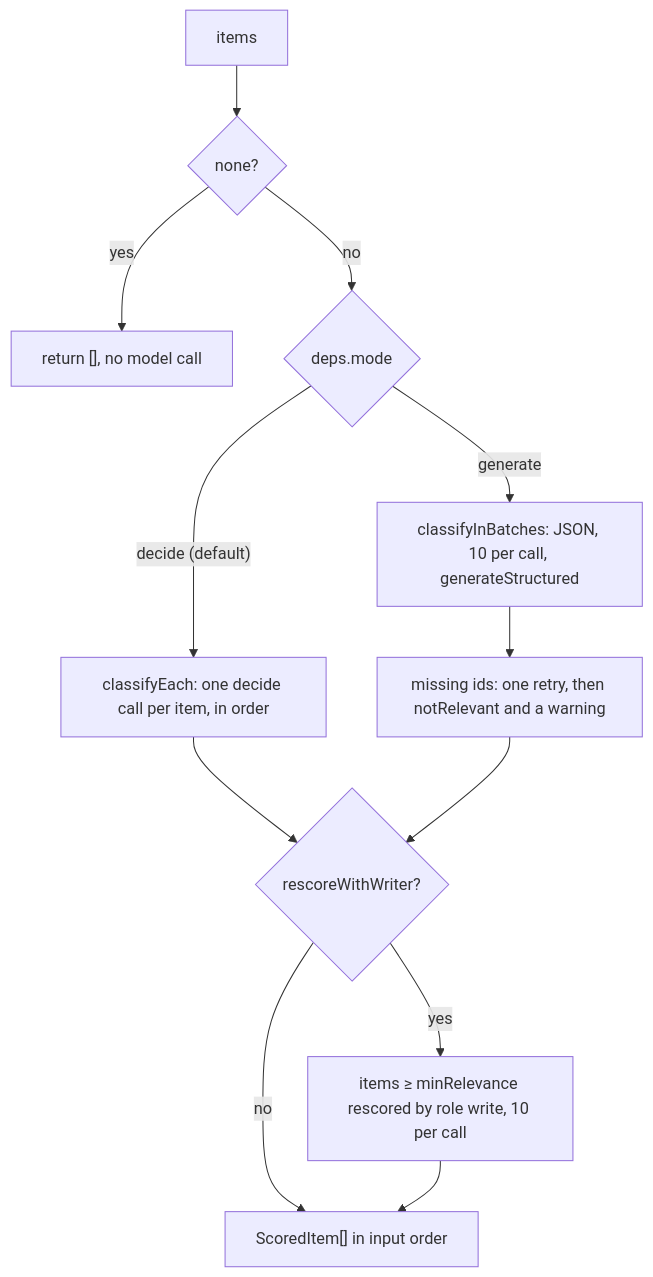
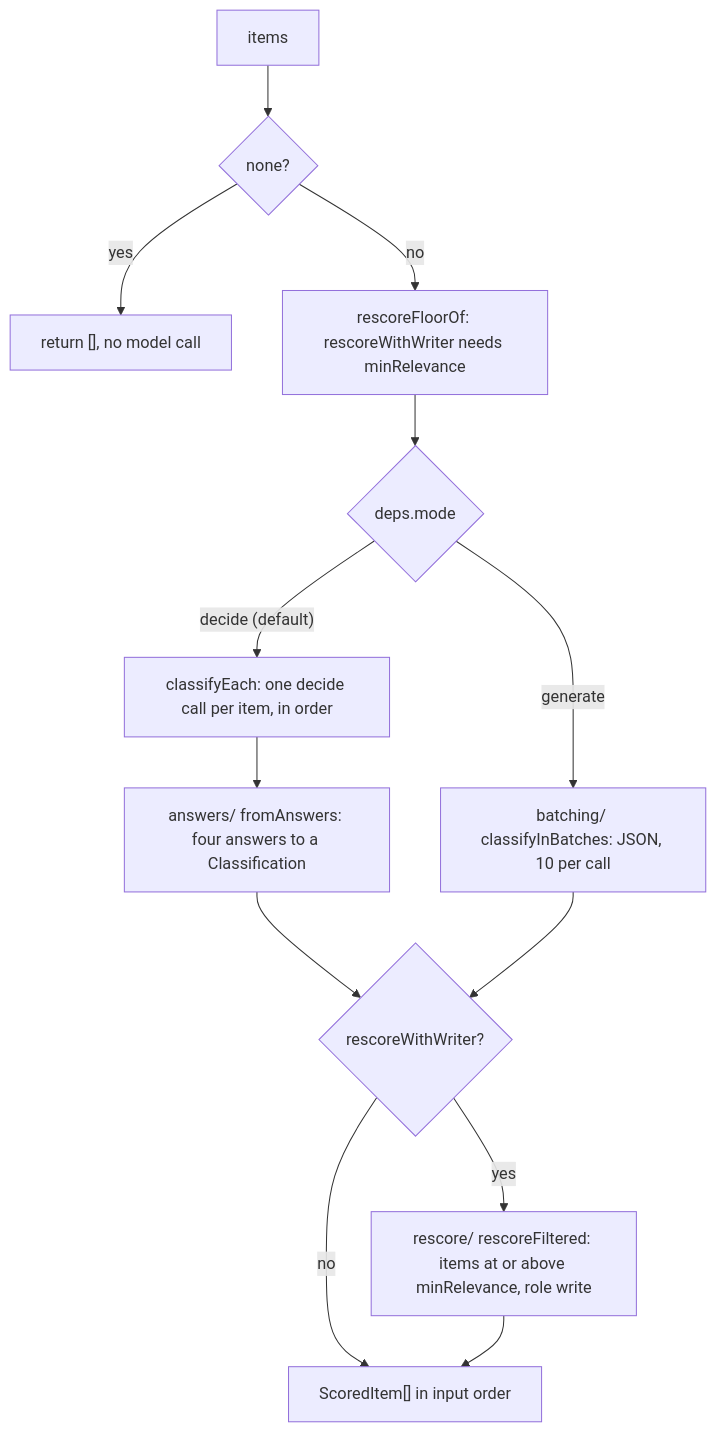
One commit to odere-pro/weekly-engineering-digest-agent changed the second of 2 diagrams in src/classify/CLAUDE.md. Above: the diagram before and after it, drawn with Mermaid. The commit also changed other lines of this file and 22 other files, not shown here.

````diff
--- a/src/classify/CLAUDE.md
+++ b/src/classify/CLAUDE.md
@@ -21,13 +22,14 @@
 ```mermaid
 flowchart TD
   items[items] --> empty{none?}
   empty -->|yes| none["return [], no model call"]
-  empty -->|no| mode{deps.mode}
+  empty -->|no| floor["rescoreFloorOf: rescoreWithWriter needs minRelevance"]
+  floor --> mode{deps.mode}
   mode -->|"decide (default)"| each["classifyEach: one decide call per item, in order"]
-  mode -->|generate| batch["classifyInBatches: JSON, 10 per call, generateStructured"]
-  batch --> missing["missing ids: one retry, then notRelevant and a warning"]
-  each --> rescore{rescoreWithWriter?}
-  missing --> rescore
+  each --> answers["answers/ fromAnswers: four answers to a Classification"]
+  mode -->|generate| batch["batching/ classifyInBatches: JSON, 10 per call"]
+  answers --> rescore{rescoreWithWriter?}
+  batch --> rescore
   rescore -->|no| out["ScoredItem[] in input order"]
-  rescore -->|yes| writer["items ≥ minRelevance rescored by role write, 10 per call"] --> out
+  rescore -->|yes| writer["rescore/ rescoreFiltered: items at or above minRelevance, role write"] --> out
 ```
````
